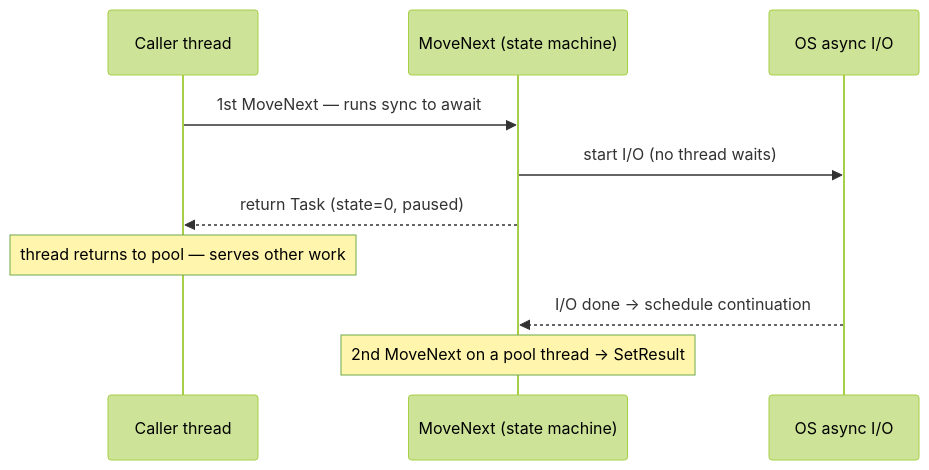
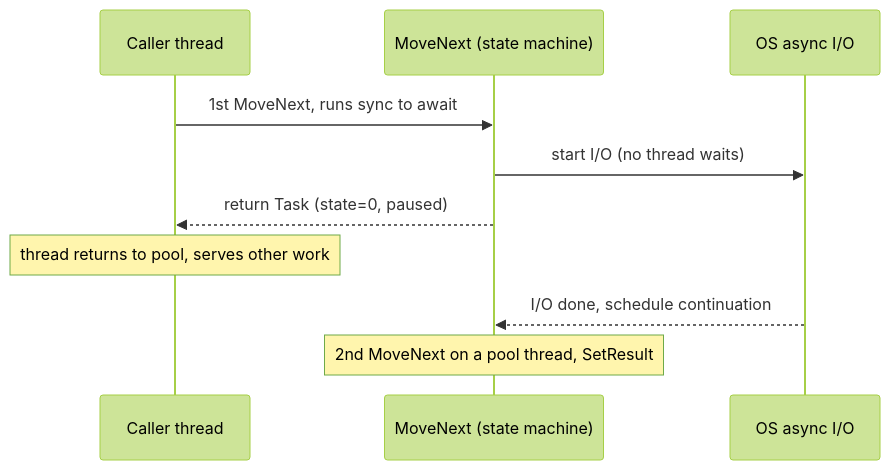
The diagram in Vault/Programming/Concurrency/Async and Await.md (M1re/EngineeringVault), drawn with Mermaid (forest theme) before and after one commit. The commit also changed other lines of this file and 1 other file, not shown here.

First line of the commit message:
Restyle Async/Await note: plainer prose, official headers, examples

````diff
--- a/Vault/Programming/Concurrency/Async and Await.md
+++ b/Vault/Programming/Concurrency/Async and Await.md
@@ -99,12 +103,12 @@
 ```mermaid
 sequenceDiagram
     participant C as Caller thread
     participant M as MoveNext (state machine)
     participant OS as OS async I/O
-    C->>M: 1st MoveNext — runs sync to await
+    C->>M: 1st MoveNext, runs sync to await
     M->>OS: start I/O (no thread waits)
     M-->>C: return Task (state=0, paused)
-    Note over C: thread returns to pool — serves other work
-    OS-->>M: I/O done → schedule continuation
-    Note over M: 2nd MoveNext on a pool thread → SetResult
+    Note over C: thread returns to pool, serves other work
+    OS-->>M: I/O done, schedule continuation
+    Note over M: 2nd MoveNext on a pool thread, SetResult
 ```
````
